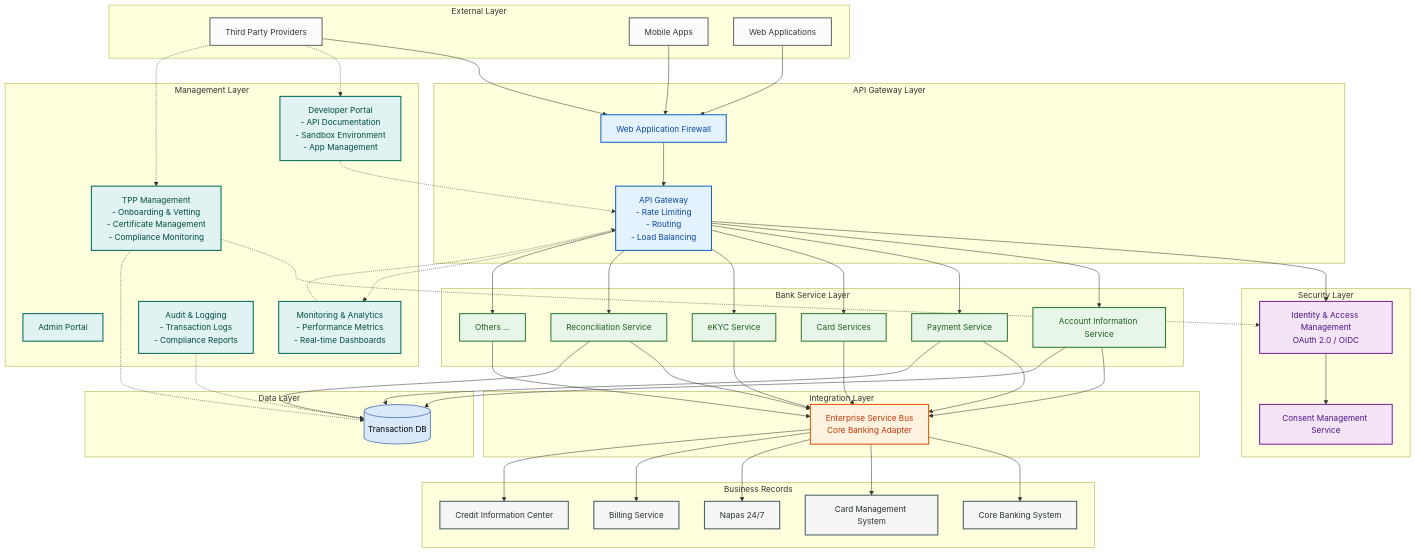
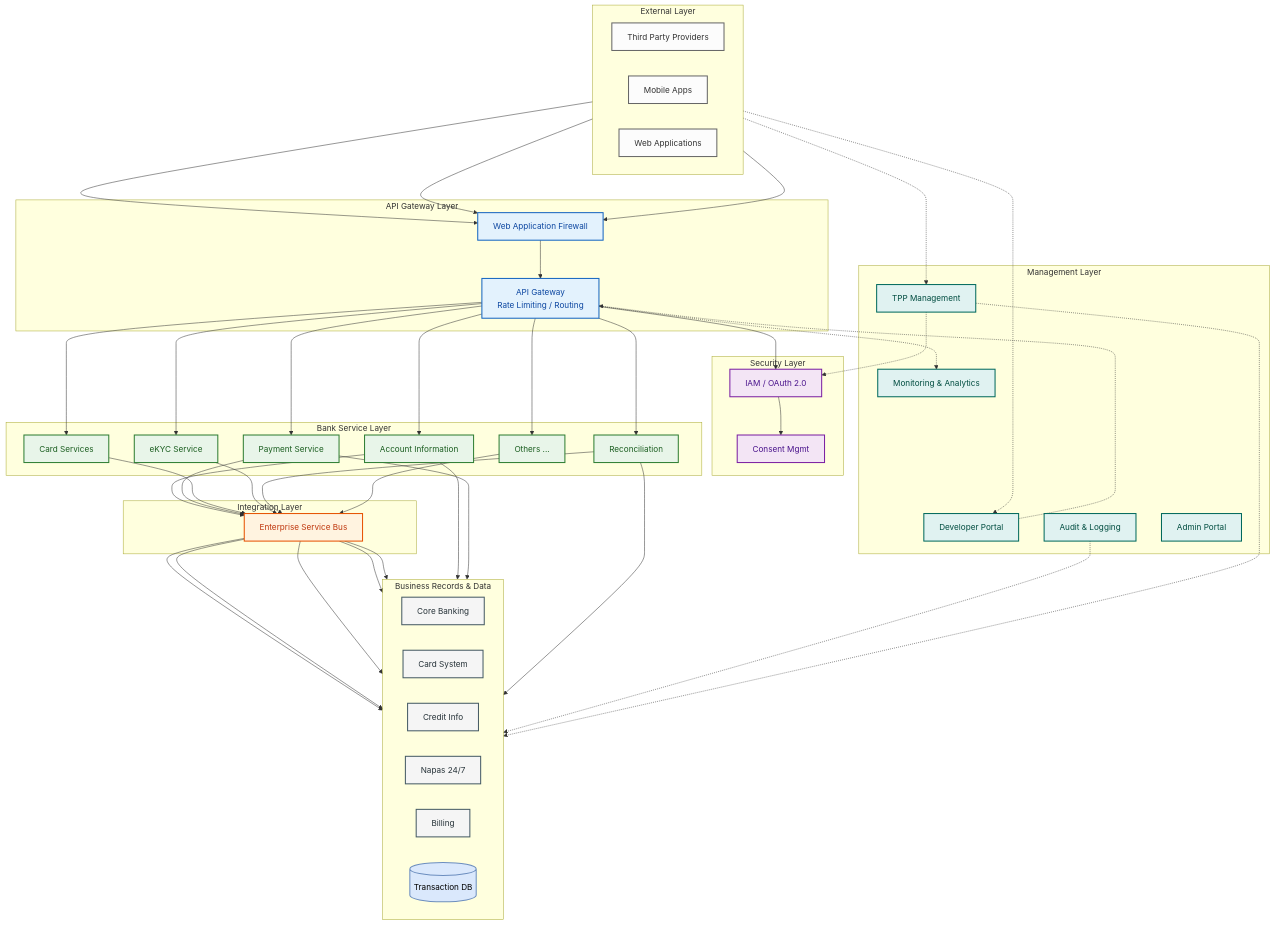
The first of 2 diagrams in 01-Kien-truc-he-thong.md (huuhoait/openbanking-vn-specs), drawn with Mermaid before and after one commit.

````diff
--- a/01-Kien-truc-he-thong.md
+++ b/01-Kien-truc-he-thong.md
@@ -10,105 +10,100 @@
 ```mermaid
-graph TB
+flowchart TB
     %% Define Styles
-    classDef external fill:#fcfcfc,stroke:#666,stroke-width:2px,color:#333;
-    classDef gateway fill:#e3f2fd,stroke:#1565c0,stroke-width:2px,color:#0d47a1;
-    classDef security fill:#f3e5f5,stroke:#7b1fa2,stroke-width:2px,color:#4a148c;
-    classDef service fill:#e8f5e9,stroke:#2e7d32,stroke-width:2px,color:#1b5e20;
-    classDef integration fill:#fff3e0,stroke:#e65100,stroke-width:2px,color:#bf360c;
-    classDef business fill:#f5f5f5,stroke:#455a64,stroke-width:2px,color:#263238;
-    classDef data fill:#dae8fc,stroke:#6c8ebf,stroke-width:2px,color:#000;
-    classDef management fill:#e0f2f1,stroke:#00695c,stroke-width:2px,color:#004d40;
+    classDef external fill:#fcfcfc,stroke:#666,stroke-width:2px,color:#333
+    classDef gateway fill:#e3f2fd,stroke:#1565c0,stroke-width:2px,color:#0d47a1
+    classDef security fill:#f3e5f5,stroke:#7b1fa2,stroke-width:2px,color:#4a148c
+    classDef service fill:#e8f5e9,stroke:#2e7d32,stroke-width:2px,color:#1b5e20
+    classDef integration fill:#fff3e0,stroke:#e65100,stroke-width:2px,color:#bf360c
+    classDef business fill:#f5f5f5,stroke:#455a64,stroke-width:2px,color:#263238
+    classDef data fill:#dae8fc,stroke:#6c8ebf,stroke-width:2px,color:#000
+    classDef management fill:#e0f2f1,stroke:#00695c,stroke-width:2px,color:#004d40
 
-    subgraph "External Layer"
+    %% --- External Layer (Top) ---
+    subgraph External [External Layer]
+        direction LR
         TPP[Third Party Providers]:::external
         Mobile[Mobile Apps]:::external
         Web[Web Applications]:::external
     end
     
-    subgraph "API Gateway Layer"
-        APIGW[API Gateway<br/>- Rate Limiting<br/>- Routing<br/>- Load Balancing]:::gateway
+    %% --- Gateway Layer ---
+    subgraph Gateway [API Gateway Layer]
         WAF[Web Application Firewall]:::gateway
+        APIGW[API Gateway<br/>Rate Limiting / Routing]:::gateway
+    end
+
+    %% --- Main Processing Block (Middle) ---
+    %% Using invisible links to force columns: Security | Services | Management
+    
+    subgraph Security [Security Layer]
+        IAM[IAM / OAuth 2.0]:::security
+        Consent[Consent Mgmt]:::security
     end
     
-    subgraph "Security Layer"
-        IAM[Identity & Access Management<br/>OAuth 2.0 / OIDC]:::security
-        Consent[Consent Management Service]:::security
-    end
-    
-    subgraph "Bank Service Layer"
-        AIS[Account Information Service]:::service
+    subgraph Services [Bank Service Layer]
+        AIS[Account Information]:::service
         PIS[Payment Service]:::service
         CardSvc[Card Services]:::service
         eKYC[eKYC Service]:::service
-        Recon[Reconciliation Service]:::service
+        Recon[Reconciliation]:::service
         OtherSvc[Others ...]:::service
     end
     
-    subgraph "Integration Layer"
-        ESB[Enterprise Service Bus<br/>Core Banking Adapter]:::integration
+    subgraph Management [Management Layer]
+        DevPortal[Developer Portal]:::management
+        TPPMgmt[TPP Management]:::management
+        Monitor[Monitoring & Analytics]:::management
+        Audit[Audit & Logging]:::management
+        AdminPortal[Admin Portal]:::management
+    end
+
+    %% --- Integration Layer ---
+    subgraph Integration [Integration Layer]
+        ESB[Enterprise Service Bus]:::integration
     end
     
-    subgraph "Business Records"
-        CoreBank[Core Banking System]:::business
-        CardSystem[Card Management System]:::business
-        CIC[Credit Information Center]:::business
+    %% --- Backend Layer (Bottom) ---
+    subgraph Backend [Business Records & Data]
+        direction LR
+        CoreBank[Core Banking]:::business
+        CardSystem[Card System]:::business
+        CIC[Credit Info]:::business
         Napas[Napas 24/7]:::business
-        BillingSvc[Billing Service]:::business
-    end
-    
-    subgraph "Data Layer"
+        BillingSvc[Billing]:::business
         DB[(Transaction DB)]:::data
     end
+
+    %% --- Relationships ---
     
-    subgraph "Management Layer"
-        DevPortal[Developer Portal<br/>- API Documentation<br/>- Sandbox Environment<br/>- App Management]:::management
-        TPPMgmt[TPP Management<br/>- Onboarding & Vetting<br/>- Certificate Management<br/>- Compliance Monitoring]:::management
-        AdminPortal[Admin Portal]:::management
-        Monitor[Monitoring & Analytics<br/>- Performance Metrics<br/>- Real-time Dashboards]:::management
-        Audit[Audit & Logging<br/>- Transaction Logs<br/>- Compliance Reports]:::management
-    end
+    %% 1. Ingress
+    TPP & Mobile & Web --> WAF --> APIGW
     
-    TPP --> WAF
-    Mobile --> WAF
-    Web --> WAF
-    WAF --> APIGW
+    %% 2. Gateway Routing
+    APIGW --> IAM
+    APIGW --> AIS & PIS & CardSvc & eKYC & Recon & OtherSvc
     
-    APIGW --> IAM
-    APIGW --> AIS
-    APIGW --> PIS
-    APIGW --> CardSvc
-    APIGW --> eKYC
-    APIGW --> Recon
-    APIGW --> OtherSvc
-    
+    %% 3. Security Flow
     IAM --> Consent
     
-    AIS --> ESB
-    PIS --> ESB
-    CardSvc --> ESB
-    eKYC --> ESB
-    Recon --> ESB
-    OtherSvc --> ESB
+    %% 4. Integration Flow
+    AIS & PIS & CardSvc & eKYC & Recon & OtherSvc --> ESB
     
-    ESB --> CoreBank
-    ESB --> CardSystem
-    ESB --> Napas
-    ESB --> BillingSvc
-    ESB --> CIC
+    %% 5. Backend Flow
+    ESB --> CoreBank & CardSystem & Napas & BillingSvc & CIC
     
-    AIS --> DB
-    PIS --> DB
-    Recon --> DB
+    %% 6. Data & Logging
+    AIS & PIS & Recon --> DB
+    Audit -.-> DB
+    TPPMgmt -.-> DB
     
+    %% 7. Management & Cross-Cutting
     APIGW -.-> Monitor
- 
- 
-    
-    TPP -.-> DevPortal
-    TPP -.-> TPPMgmt
+    TPP -.-> DevPortal & TPPMgmt
     DevPortal -.-> APIGW
     TPPMgmt -.-> IAM
-    TPPMgmt -.-> DB
-    Monitor -.-> APIGW
-    Audit -.-> DB
+
+    %% --- Layout Hints (Invisible Links) ---
+    %% Force horizontal alignment: Security <-> Services <-> Management
+    Security ~~~ Services ~~~ Management
 ```
````
